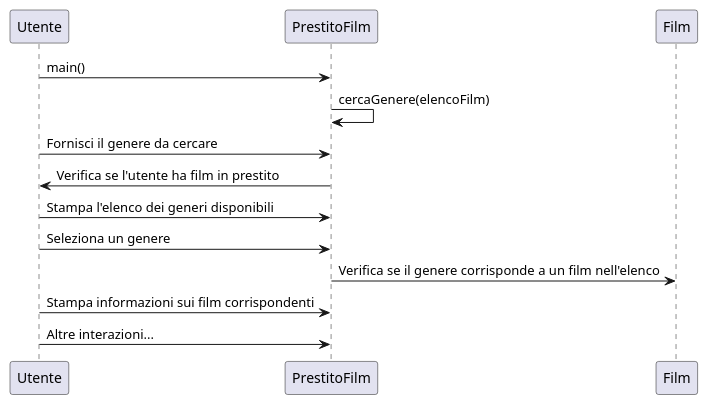
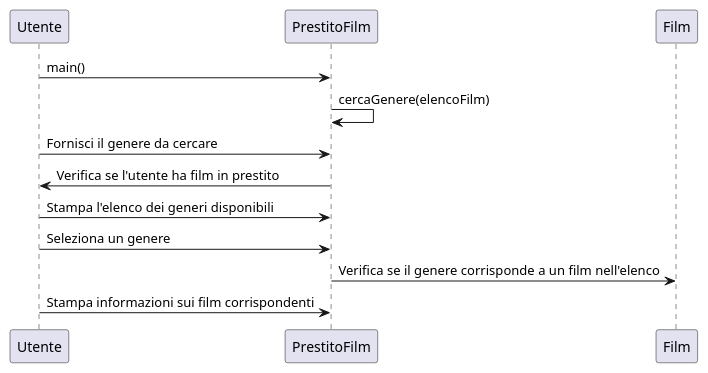
One commit to SilviaMastracci/PrestitoFilm changed the diagram in diagrammaDiSequenza/cercaGenere.plantuml. Above: the diagram before and after it, drawn with PlantUML. The commit also changed 14 other files, not shown here.

```diff
--- a/diagrammaDiSequenza/cercaGenere.plantuml
+++ b/diagrammaDiSequenza/cercaGenere.plantuml
@@ -1,11 +1,10 @@
 @startuml cercaGenere
 Utente->PrestitoFilm: main()
 PrestitoFilm->PrestitoFilm: cercaGenere(elencoFilm)
 Utente->PrestitoFilm: Fornisci il genere da cercare
 PrestitoFilm->Utente: Verifica se l'utente ha film in prestito
 Utente->PrestitoFilm: Stampa l'elenco dei generi disponibili
 Utente->PrestitoFilm: Seleziona un genere
 PrestitoFilm->Film: Verifica se il genere corrisponde a un film nell'elenco
 Utente->PrestitoFilm: Stampa informazioni sui film corrispondenti
-Utente->PrestitoFilm: Altre interazioni...
 @enduml
```
